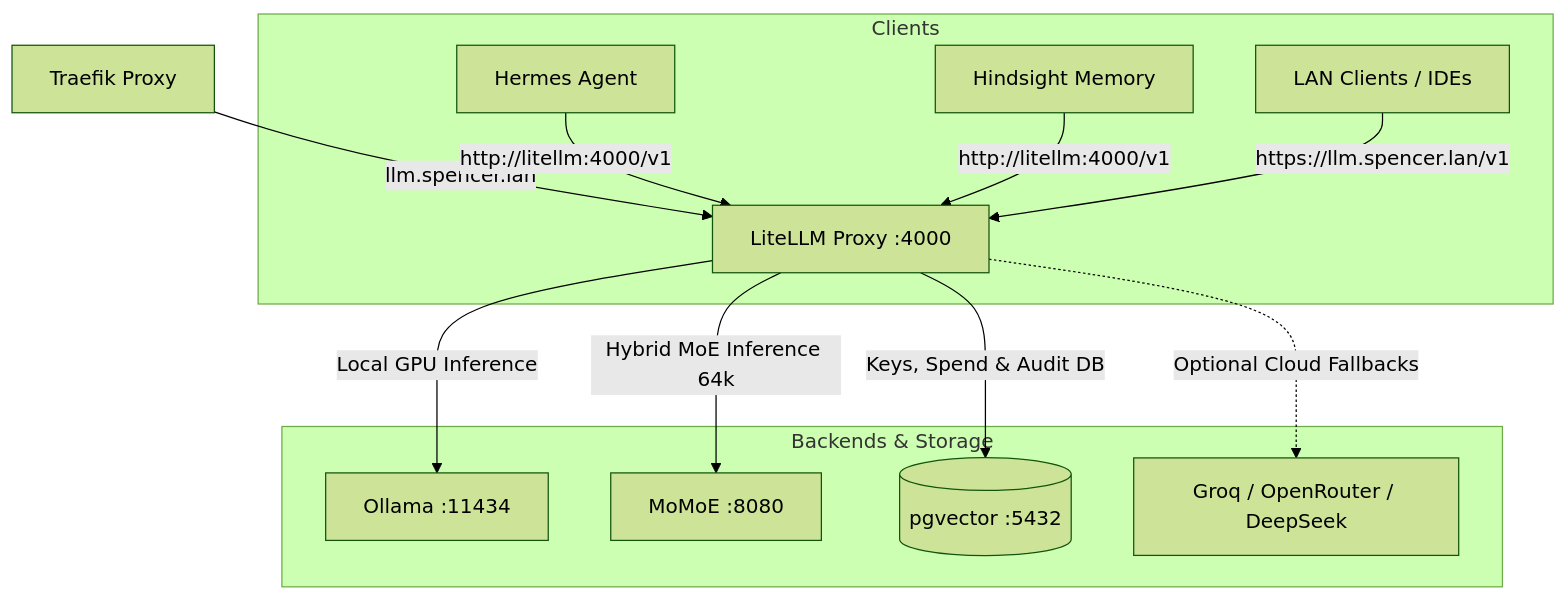
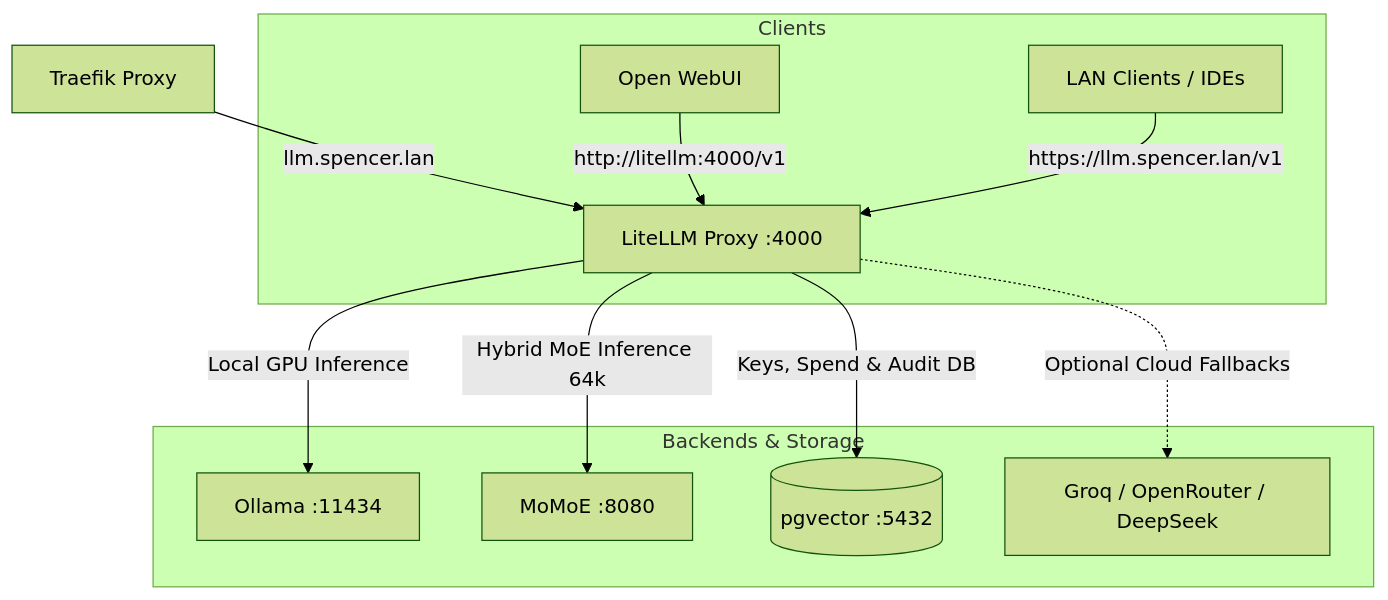
One commit to jamesbspencer/homelab changed the diagram in docs/litellm.md. Above: the diagram before and after it, drawn with Mermaid (forest theme). The commit also changed other lines of this file and 33 other files, not shown here.

````diff
--- a/docs/litellm.md
+++ b/docs/litellm.md
@@ -21,17 +21,16 @@
 ```mermaid
 graph TD
     Traefik[Traefik Proxy] -->|llm.spencer.lan| LiteLLM[LiteLLM Proxy :4000]
     
     subgraph Clients
-        Hermes[Hermes Agent] -->|http://litellm:4000/v1| LiteLLM
-        Hindsight[Hindsight Memory] -->|http://litellm:4000/v1| LiteLLM
+        OpenWebUI[Open WebUI] -->|http://litellm:4000/v1| LiteLLM
         LAN[LAN Clients / IDEs] -->|https://llm.spencer.lan/v1| LiteLLM
     end
 
     subgraph Backends & Storage
         LiteLLM -->|Local GPU Inference| Ollama[Ollama :11434]
         LiteLLM -->|Hybrid MoE Inference 64k| MoMoE[MoMoE :8080]
         LiteLLM -->|Keys, Spend & Audit DB| PgVector[(pgvector :5432)]
         LiteLLM -.->|Optional Cloud Fallbacks| Cloud[Groq / OpenRouter / DeepSeek]
     end
 ```
````
